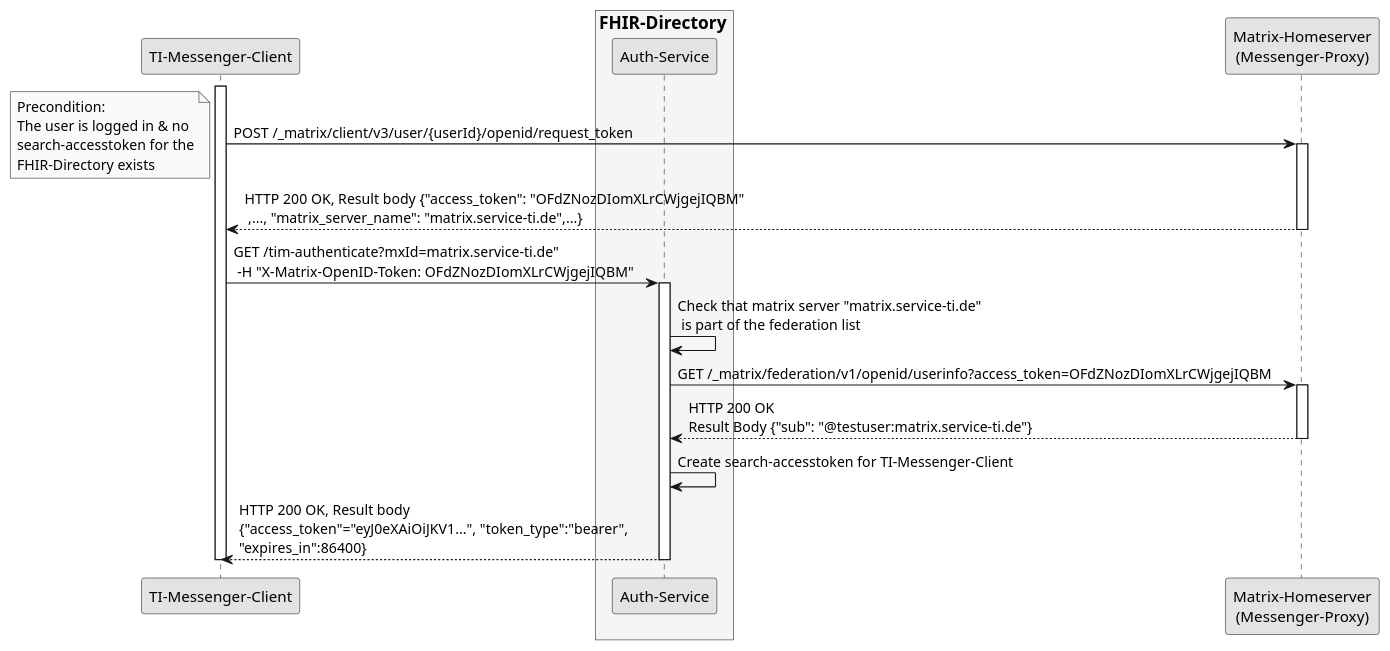
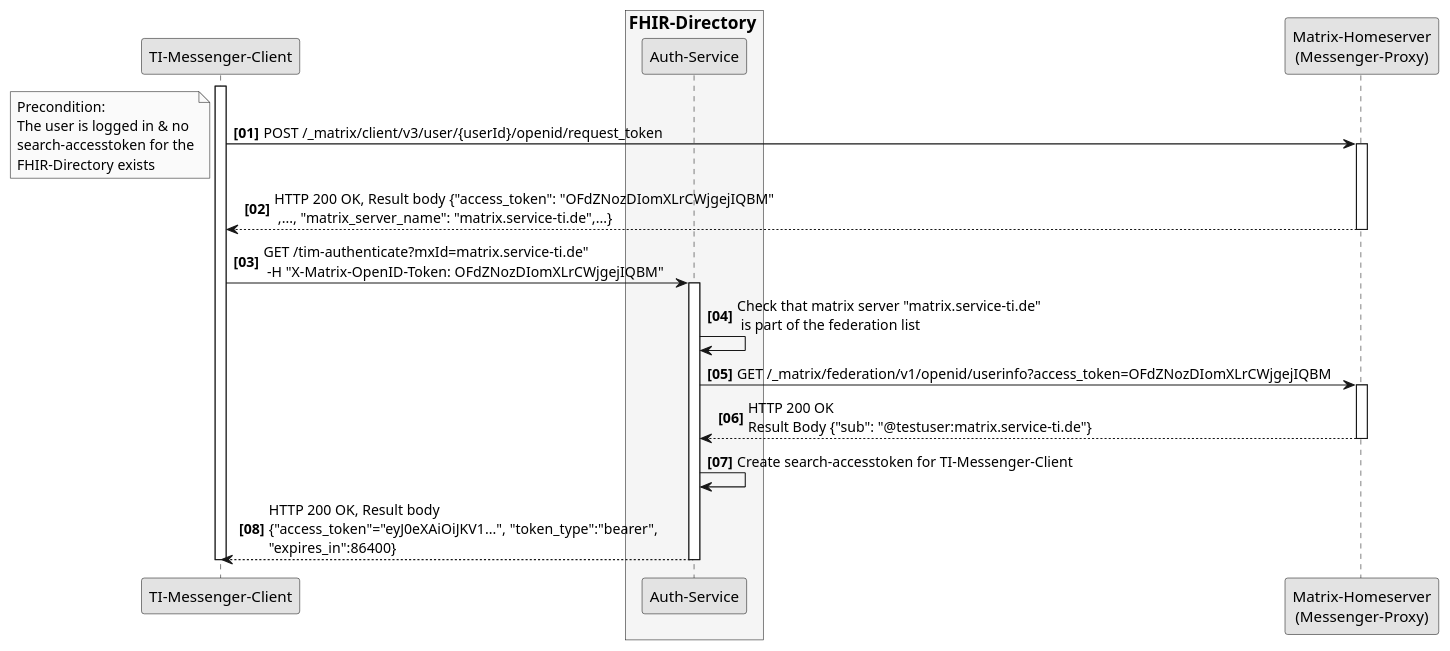
Before and after one commit to gematik/api-vzd: the diagram in src/plantuml/SequenceDiagram.FHIR-Directory.search_auth.puml, drawn with PlantUML. The commit also changed 5 other files, not shown here.

Commit message:
added auth flow for provider api

```diff
--- a/src/plantuml/SequenceDiagram.FHIR-Directory.search_auth.puml
+++ b/src/plantuml/SequenceDiagram.FHIR-Directory.search_auth.puml
@@ -1,32 +1,33 @@
 @startuml SequenceDiagram.FHIR-Directory.search.auth
 skinparam dpi 100
 skinparam WrapWidth 200
 skinparam monochrome true
+autonumber "<b>[00]"
 
 'title "FHIR-Directory, Sequenzdiagram search token exchange'
 participant cl as "TI-Messenger-Client"
 box <size:16>FHIR-Directory</size> #WhiteSmoke
   participant au as "Auth-Service"
 end box
 participant hs as "Matrix-Homeserver\n(Messenger-Proxy)"
 activate cl
 cl -> hs: POST /_matrix/client/v3/user/{userId}/openid/request_token
 note left
 Precondition: 
 The user is logged in & no search-accesstoken for the FHIR-Directory exists
 end note
 activate hs
 hs --> cl: HTTP 200 OK, Result body {"access_token": "OFdZNozDIomXLrCWjgejIQBM" \n ,..., "matrix_server_name": "matrix.service-ti.de",...}
 deactivate hs
 cl -> au: GET /tim-authenticate?mxId=matrix.service-ti.de" \n -H "X-Matrix-OpenID-Token: OFdZNozDIomXLrCWjgejIQBM"
 activate au
 au -> au: Check that matrix server "matrix.service-ti.de"\n is part of the federation list
 au -> hs: GET /_matrix/federation/v1/openid/userinfo?access_token=OFdZNozDIomXLrCWjgejIQBM
 activate hs
 hs --> au: HTTP 200 OK\nResult Body {"sub": "@testuser:matrix.service-ti.de"}
 deactivate hs
 au -> au: Create search-accesstoken for TI-Messenger-Client
 au --> cl: HTTP 200 OK, Result body\n{"access_token"="eyJ0eXAiOiJKV1...", "token_type":"bearer",\n"expires_in":86400}
 deactivate au
 deactivate cl
 @enduml
```
